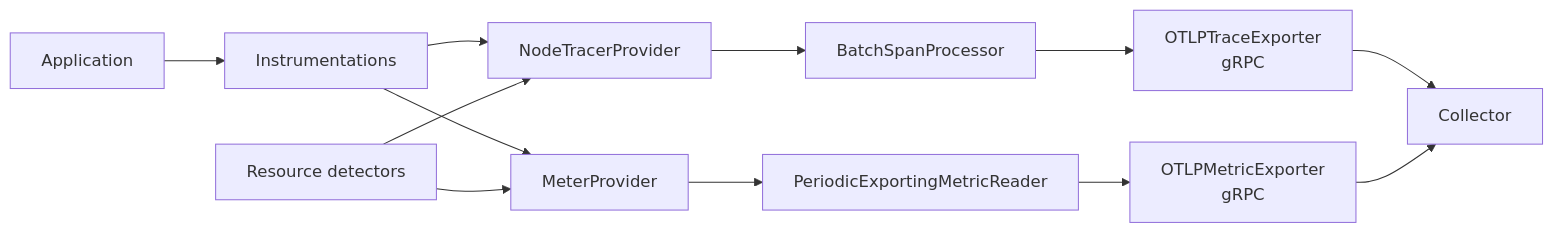
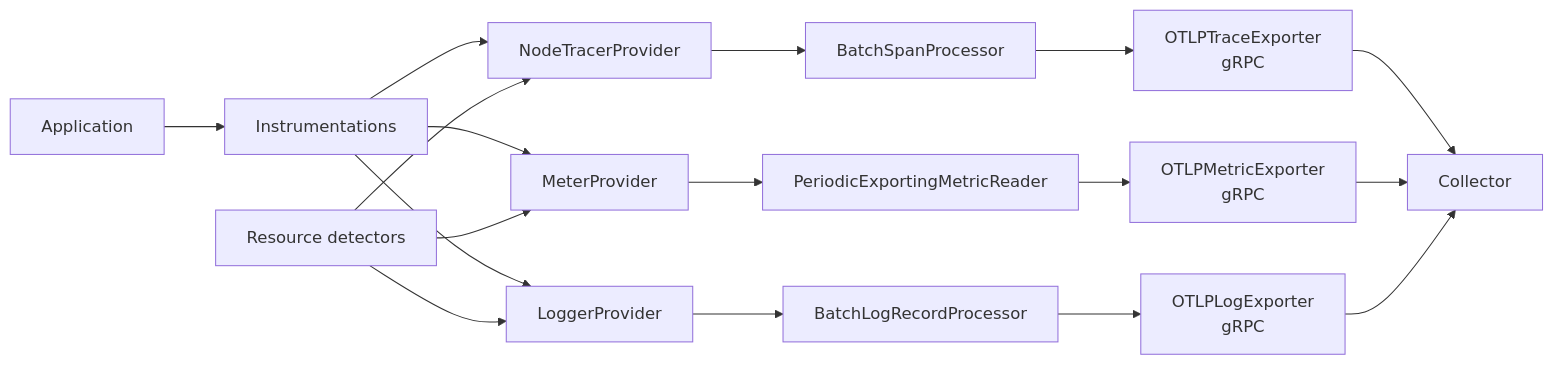
Before and after one commit to saidsef/tracing-node: the diagram in docs/architecture.md, drawn with Mermaid. The commit also changed other lines of this file and 9 other files, not shown here.

````diff
--- a/docs/architecture.md
+++ b/docs/architecture.md
@@ -7,14 +7,19 @@
 ```mermaid
 flowchart LR
   A[Application] --> B[Instrumentations]
   B --> C[NodeTracerProvider]
   C --> D[BatchSpanProcessor]
   D --> E[OTLPTraceExporter<br/>gRPC]
   E --> F[Collector]
   B --> G[MeterProvider]
   G --> H[PeriodicExportingMetricReader]
   H --> I[OTLPMetricExporter<br/>gRPC]
   I --> F
+  B --> J[LoggerProvider]
+  J --> K[BatchLogRecordProcessor]
+  K --> L[OTLPLogExporter<br/>gRPC]
+  L --> F
   R[Resource detectors] --> C
   R --> G
+  R --> J
 ```
````
